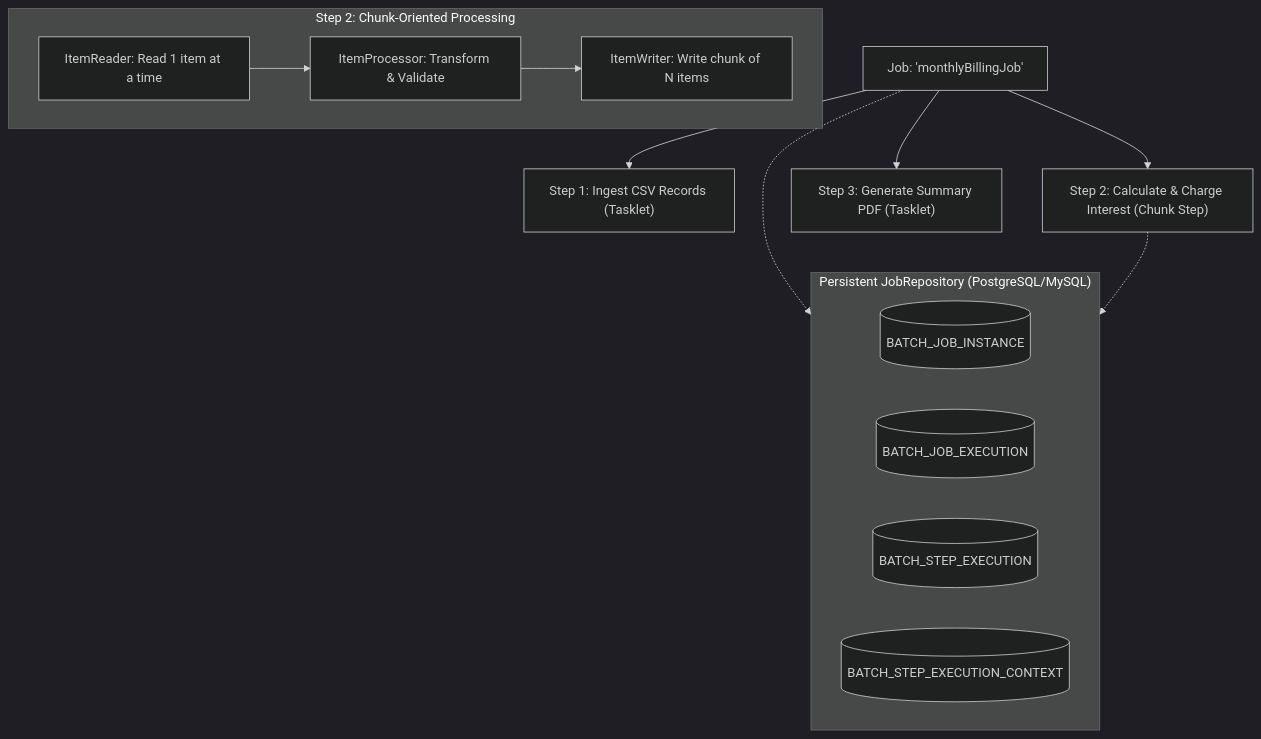
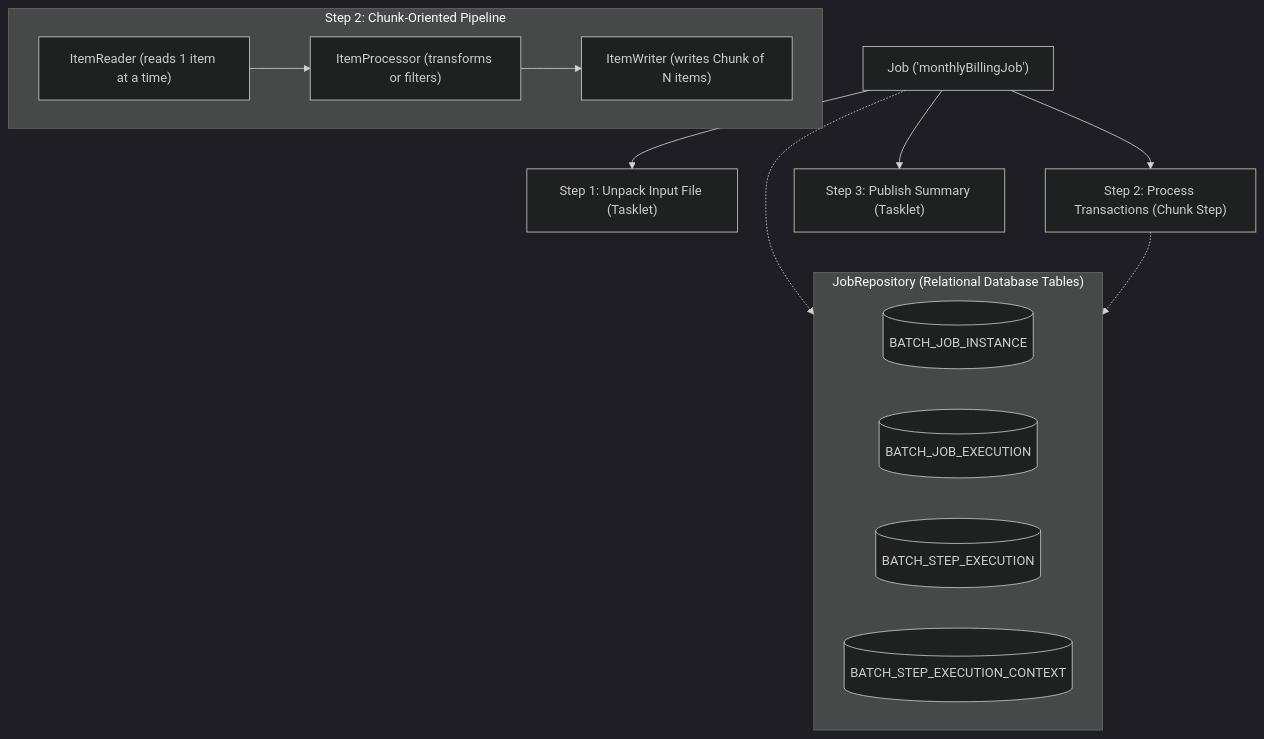
The first of 4 diagrams in content/roadmap/level-8/spring-batch-chunk-processing.md (ravishankar2463/java_hub), drawn with Mermaid (dark theme) before and after one commit. The commit also changed other lines of this file and 119 other files, not shown here.

Commit message:
feat: add comprehensive java learning roadmap content across multiple levels

````diff
--- a/content/roadmap/level-8/spring-batch-chunk-processing.md
+++ b/content/roadmap/level-8/spring-batch-chunk-processing.md
@@ -27,23 +31,23 @@
 ```mermaid
 flowchart TD
-    Job["Job: 'monthlyBillingJob'"] --> Step1["Step 1: Ingest CSV Records (Tasklet)"]
-    Job --> Step2["Step 2: Calculate & Charge Interest (Chunk Step)"]
-    Job --> Step3["Step 3: Generate Summary PDF (Tasklet)"]
+    Job["Job ('monthlyBillingJob')"] --> Step1["Step 1: Unpack Input File (Tasklet)"]
+    Job --> Step2["Step 2: Process Transactions (Chunk Step)"]
+    Job --> Step3["Step 3: Publish Summary (Tasklet)"]
 
-    subgraph Step2Internals["Step 2: Chunk-Oriented Processing"]
-        Reader["ItemReader: Read 1 item at a time"]
-        Processor["ItemProcessor: Transform & Validate"]
-        Writer["ItemWriter: Write chunk of N items"]
+    subgraph Step2Internals["Step 2: Chunk-Oriented Pipeline"]
+        Reader["ItemReader (reads 1 item at a time)"]
+        Processor["ItemProcessor (transforms or filters)"]
+        Writer["ItemWriter (writes Chunk of N items)"]
         Reader --> Processor --> Writer
     end
 
-    subgraph MetadataStore["Persistent JobRepository (PostgreSQL/MySQL)"]
+    subgraph MetadataStore["JobRepository (Relational Database Tables)"]
         JI[("BATCH_JOB_INSTANCE")]
         JE[("BATCH_JOB_EXECUTION")]
         SE[("BATCH_STEP_EXECUTION")]
         EC[("BATCH_STEP_EXECUTION_CONTEXT")]
     end
 
     Job -.-> MetadataStore
     Step2 -.-> MetadataStore
 ```
````
